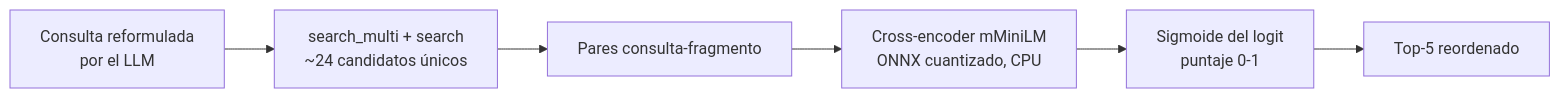
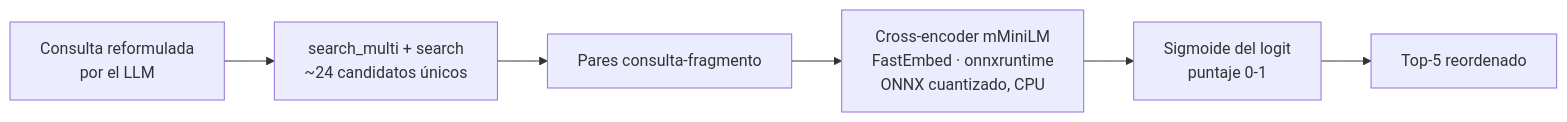
Before and after one commit to NebyX1/invest-lavalleja-rag-chat: the fifth of 7 diagrams in Arquitectura.md, drawn with Mermaid. The commit also changed other lines of this file and 1 other file, not shown here.

Commit message:
Muestra las tecnologías de cada etapa en los diagramas de flujo; corrige el diagrama de recuperación híbrida

````diff
--- a/Arquitectura.md
+++ b/Arquitectura.md
@@ -138,8 +138,8 @@
 ```mermaid
 flowchart LR
     Q[Consulta reformulada<br/>por el LLM] --> C[search_multi + search<br/>~24 candidatos únicos]
     C --> P[Pares consulta-fragmento]
-    P --> CE[Cross-encoder mMiniLM<br/>ONNX cuantizado, CPU]
+    P --> CE["Cross-encoder mMiniLM<br/>FastEmbed · onnxruntime<br/>ONNX cuantizado, CPU"]
     CE --> S[Sigmoide del logit<br/>puntaje 0-1]
     S --> T[Top-5 reordenado]
 ```
````
